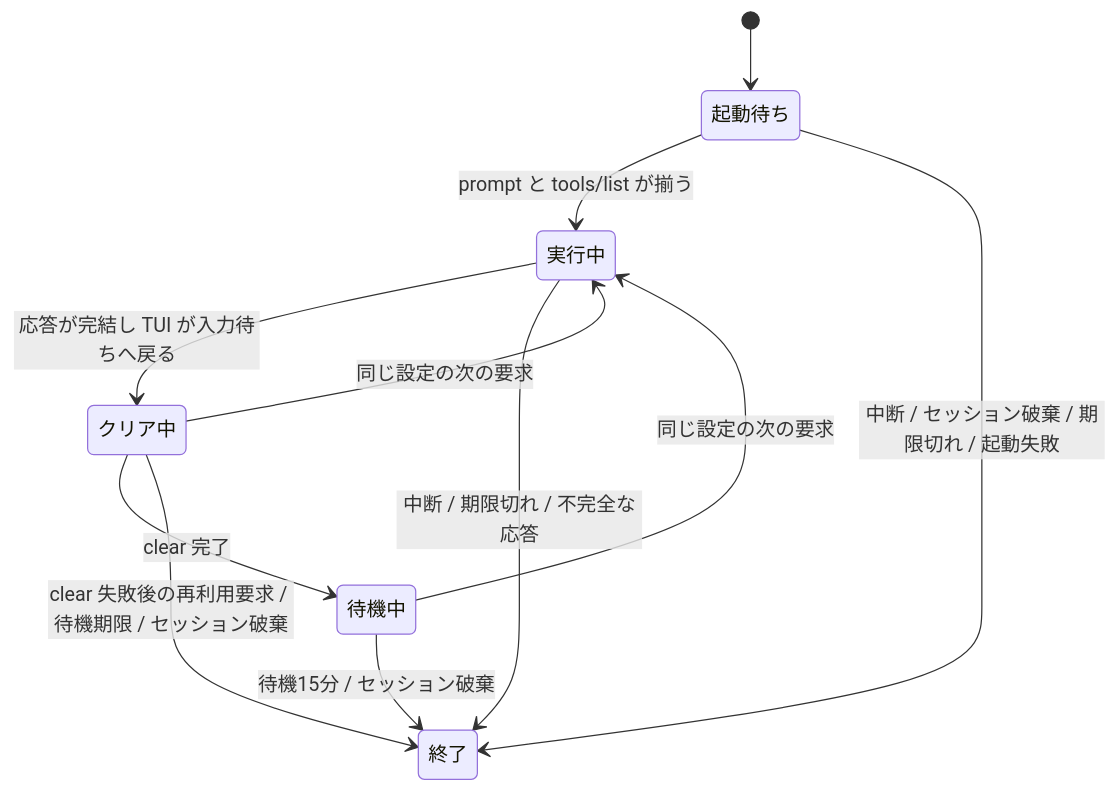
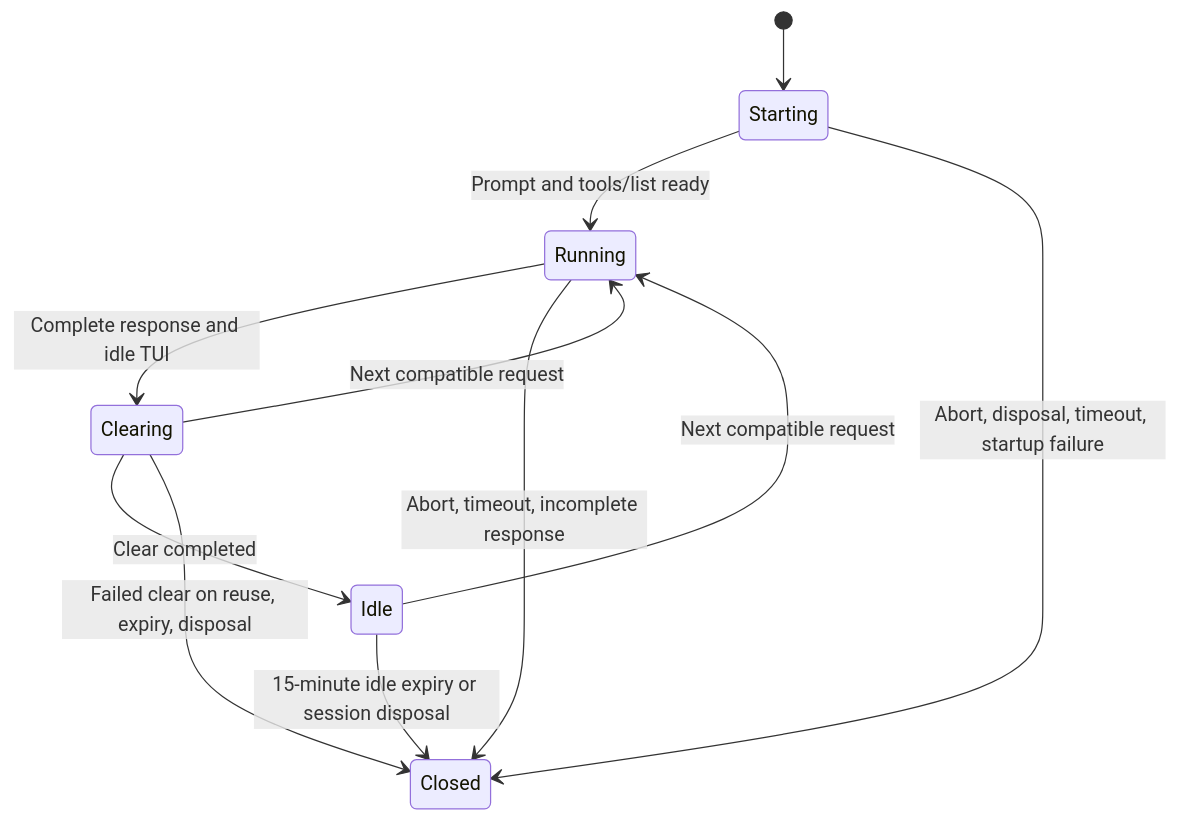
One commit to MINTY1st/pi-claude-code-tui changed the second of 2 diagrams in ARCHITECTURE.md. Above: the diagram before and after it, drawn with Mermaid. The commit also changed other lines of this file and 7 other files, not shown here.

````diff
--- a/ARCHITECTURE.md
+++ b/ARCHITECTURE.md
@@ -42,13 +42,13 @@
 ```mermaid
 stateDiagram-v2
-  [*] --> 起動待ち
-  起動待ち --> 実行中: prompt と tools/list が揃う
-  実行中 --> クリア中: 応答が完結し TUI が入力待ちへ戻る
-  クリア中 --> 実行中: 同じ設定の次の要求
-  クリア中 --> 待機中: clear 完了
-  待機中 --> 実行中: 同じ設定の次の要求
-  待機中 --> 終了: 待機15分 / セッション破棄
-  起動待ち --> 終了: 中断 / セッション破棄 / 期限切れ / 起動失敗
-  実行中 --> 終了: 中断 / 期限切れ / 不完全な応答
-  クリア中 --> 終了: clear 失敗後の再利用要求 / 待機期限 / セッション破棄
+  [*] --> Starting
+  Starting --> Running: Prompt and tools/list ready
+  Running --> Clearing: Complete response and idle TUI
+  Clearing --> Running: Next compatible request
+  Clearing --> Idle: Clear completed
+  Idle --> Running: Next compatible request
+  Idle --> Closed: 15-minute idle expiry or session disposal
+  Starting --> Closed: Abort, disposal, timeout, startup failure
+  Running --> Closed: Abort, timeout, incomplete response
+  Clearing --> Closed: Failed clear on reuse, expiry, disposal
 ```
````
